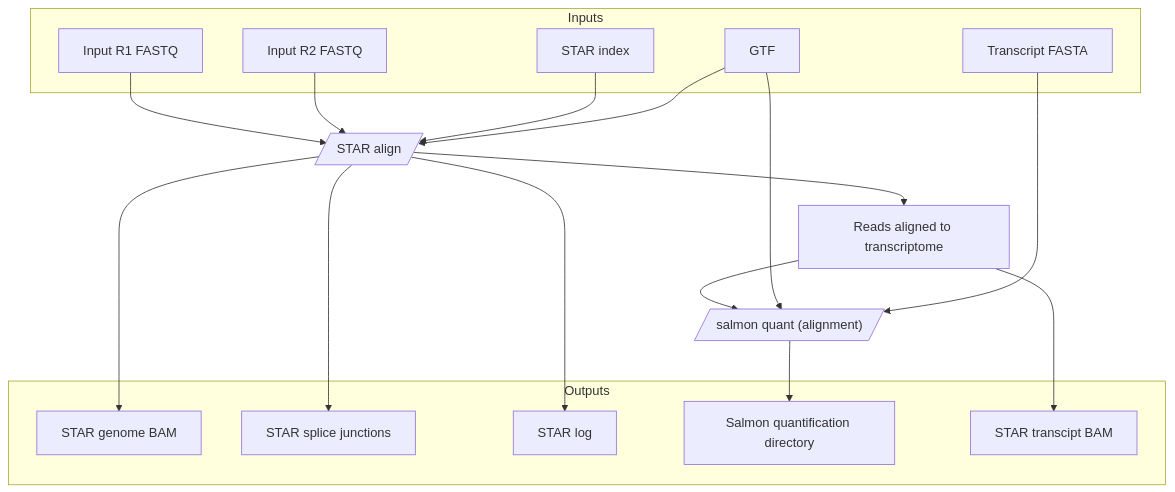
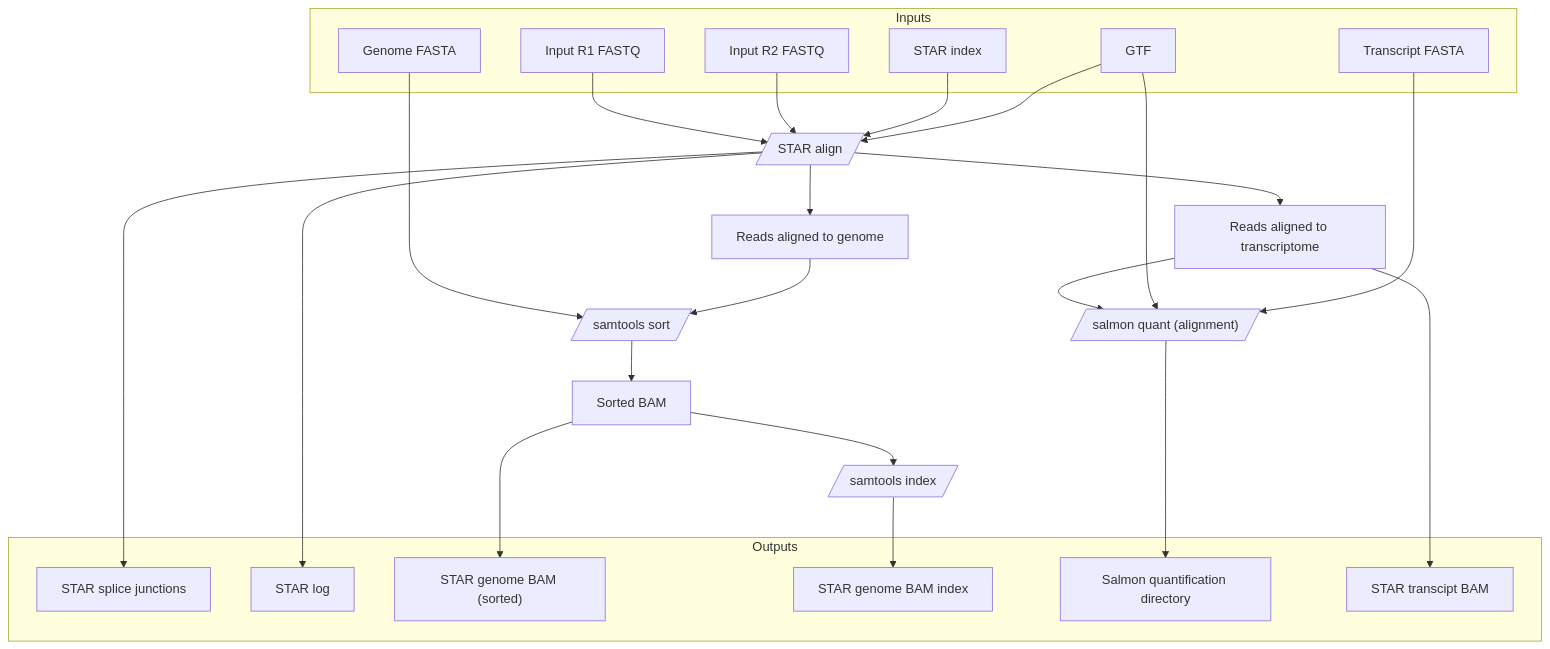
The fourth of 4 diagrams in README.qmd (viash-hub/rnaseq), drawn with Mermaid before and after one commit.

Commit message:
Add samtools to alignment_quantification diagram

````diff
--- a/README.qmd
+++ b/README.qmd
@@ -154,31 +154,42 @@
 ```{mermaid}
 flowchart TB
 
   subgraph inputs[Inputs]
     input_r1[Input R1 FASTQ]
     input_r2[Input R2 FASTQ]
+    input_genome_fasta[Genome FASTA]
     input_transcript_fasta[Transcript FASTA]
     input_gtf[GTF]
     input_star_genome_dir[STAR index]
   end
 
   input_r1 & input_r2 & input_star_genome_dir  & input_gtf -->
     star_align_reads[/STAR align/] -->
-    output_star_bam_genome & reads_aligned_to_transcriptome & output_star_junctions & output_star_log
+    reads_aligned_to_genome[Reads aligned to genome] & reads_aligned_to_transcriptome & output_star_junctions & output_star_log
+
+  input_genome_fasta & reads_aligned_to_genome -->
+    samtools_sort[/samtools sort/] -->
+    sorted_bam[Sorted BAM] -->
+    output_star_bam_genome
+
+  sorted_bam -->
+    samtools_index[/samtools index/] -->
+    output_star_bam_genome_index
 
   reads_aligned_to_transcriptome[Reads aligned to transcriptome] & input_gtf & input_transcript_fasta -->
     salmon_quant_alignment[/"salmon quant (alignment)"/]  -->
     output_salmon
 
   reads_aligned_to_transcriptome --> output_star_bam_transcriptome
 
   subgraph outputs[Outputs]
-    output_star_bam_genome[STAR genome BAM]
+    output_star_bam_genome["STAR genome BAM (sorted)"]
+    output_star_bam_genome_index[STAR genome BAM index]
     output_star_junctions[STAR splice junctions]
     output_star_log[STAR log]
     output_star_bam_transcriptome[STAR transcipt BAM]
     output_salmon[Salmon quantification directory]
   end
 
   classDef info stroke-dasharray: 4 4
 ```
````
